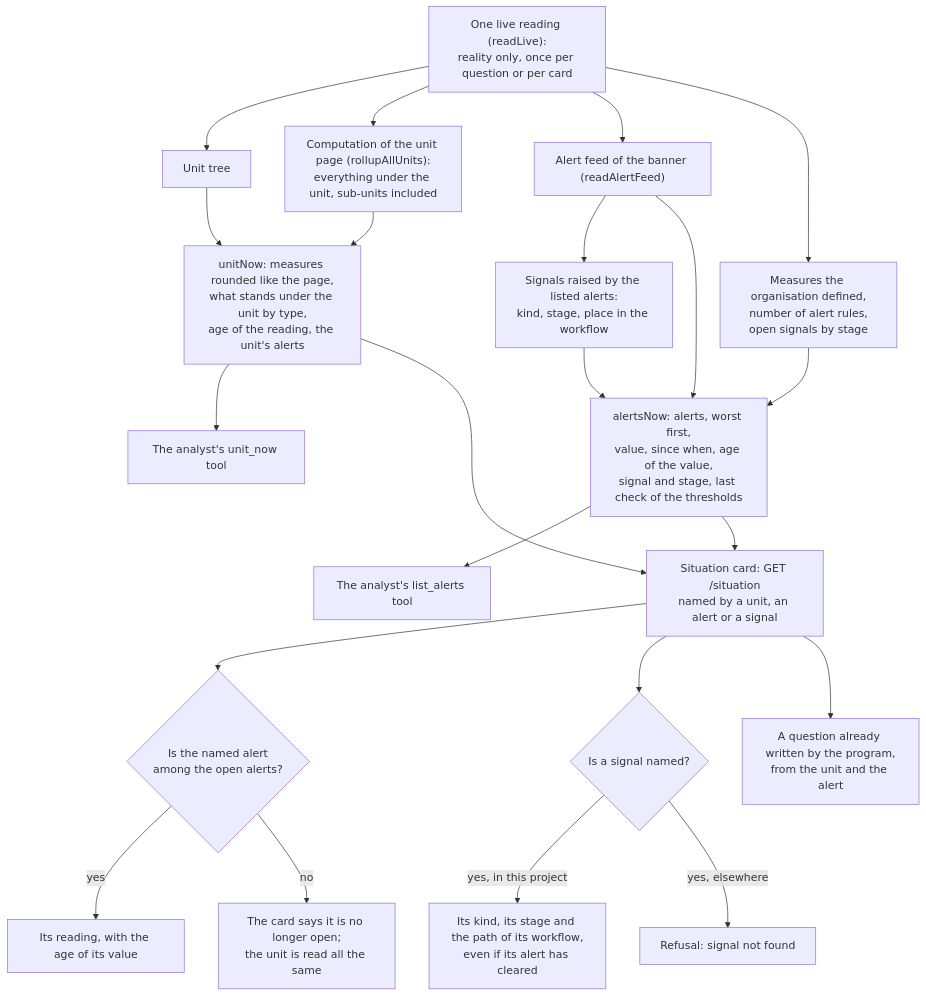
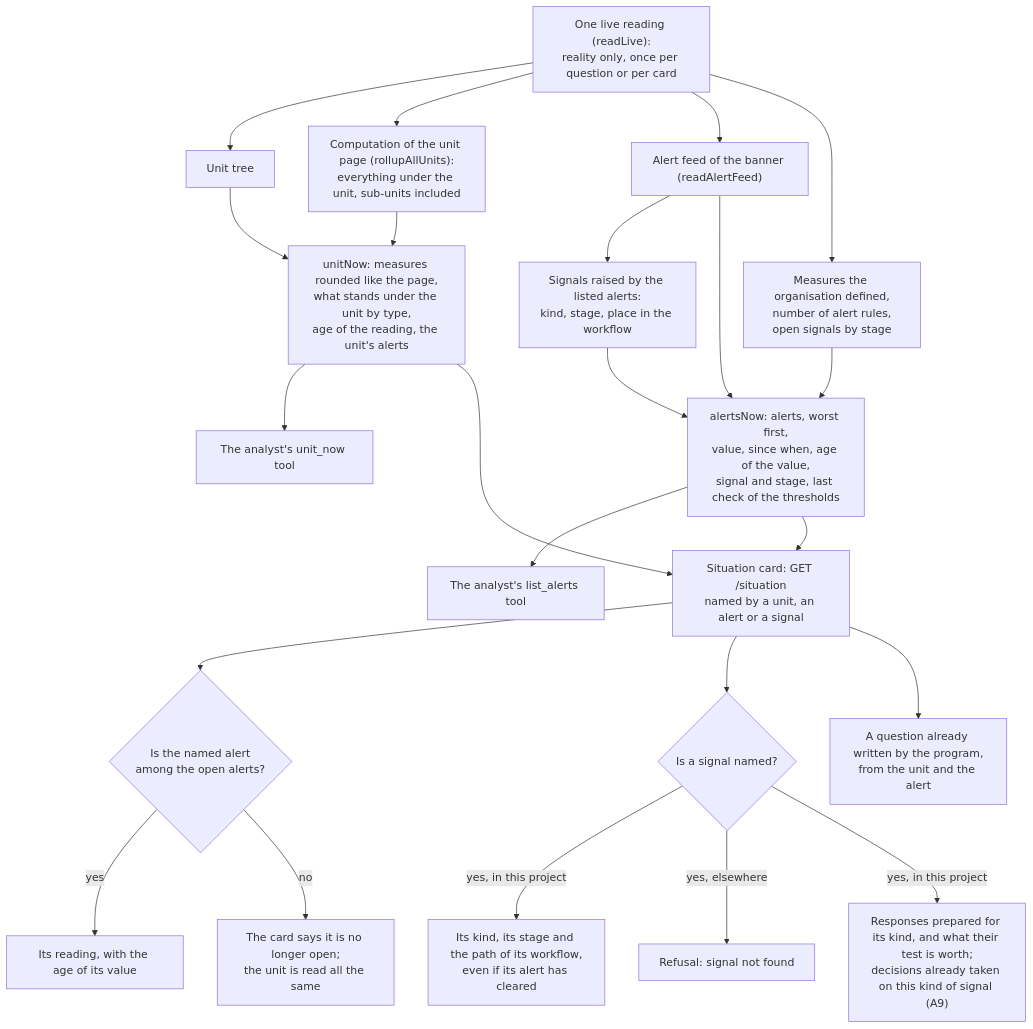
Diagram 32 of 32 in frontend/content/docs/product/algorithms.md (V1ktor7/obscyro), drawn with Mermaid before and after one commit. The commit also changed other lines of this file and 31 other files, not shown here.

````diff
--- a/frontend/content/docs/product/algorithms.md
+++ b/frontend/content/docs/product/algorithms.md
@@ -914,24 +945,25 @@
 ```mermaid
 flowchart TD
     A["One live reading (readLive):<br/>reality only, once per question or per card"] --> B["Unit tree"]
     A --> C["Computation of the unit page (rollupAllUnits):<br/>everything under the unit, sub-units included"]
     A --> D["Alert feed of the banner (readAlertFeed)"]
     A --> E["Measures the organisation defined,<br/>number of alert rules,<br/>open signals by stage"]
     D --> F["Signals raised by the listed alerts:<br/>kind, stage, place in the workflow"]
     B --> G["unitNow: measures rounded like the page,<br/>what stands under the unit by type,<br/>age of the reading, the unit's alerts"]
     C --> G
     D --> H["alertsNow: alerts, worst first,<br/>value, since when, age of the value,<br/>signal and stage, last check of the thresholds"]
     E --> H
     F --> H
     G --> I["The analyst's unit_now tool"]
     H --> J["The analyst's list_alerts tool"]
     G --> K["Situation card: GET /situation<br/>named by a unit, an alert or a signal"]
     H --> K
     K --> L{"Is the named alert<br/>among the open alerts?"}
     L -->|"yes"| M["Its reading, with the age of its value"]
     L -->|"no"| N["The card says it is no longer open;<br/>the unit is read all the same"]
     K --> O{"Is a signal named?"}
     O -->|"yes, in this project"| P["Its kind, its stage and the path of its workflow,<br/>even if its alert has cleared"]
     O -->|"yes, elsewhere"| Q["Refusal: signal not found"]
     K --> R["A question already written by the program,<br/>from the unit and the alert"]
+    O -->|"yes, in this project"| S["Responses prepared for its kind, and what their test is worth;<br/>decisions already taken on this kind of signal (A9)"]
 ```
````
